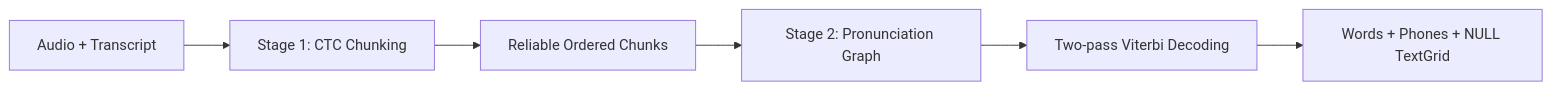
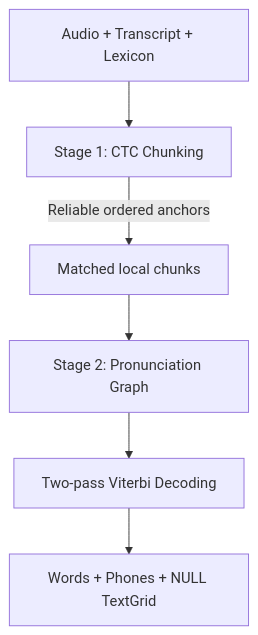
One commit to USTCPhonetics/FlexAligner changed the diagram in README.md. Above: the diagram before and after it, drawn with Mermaid. The commit also changed other lines of this file, not shown here.

````diff
--- a/README.md
+++ b/README.md
@@ -240,8 +209,8 @@
 ```mermaid
-graph LR
-    A[Audio + Transcript] --> B[Stage 1: CTC Chunking]
-    B --> C[Reliable Ordered Chunks]
+graph TD
+    Input[Audio + Transcript + Lexicon] --> B[Stage 1: CTC Chunking]
+    B -->|Reliable ordered anchors| C[Matched local chunks]
     C --> D[Stage 2: Pronunciation Graph]
     D --> E[Two-pass Viterbi Decoding]
     E --> F[Words + Phones + NULL TextGrid]
 ```
````
